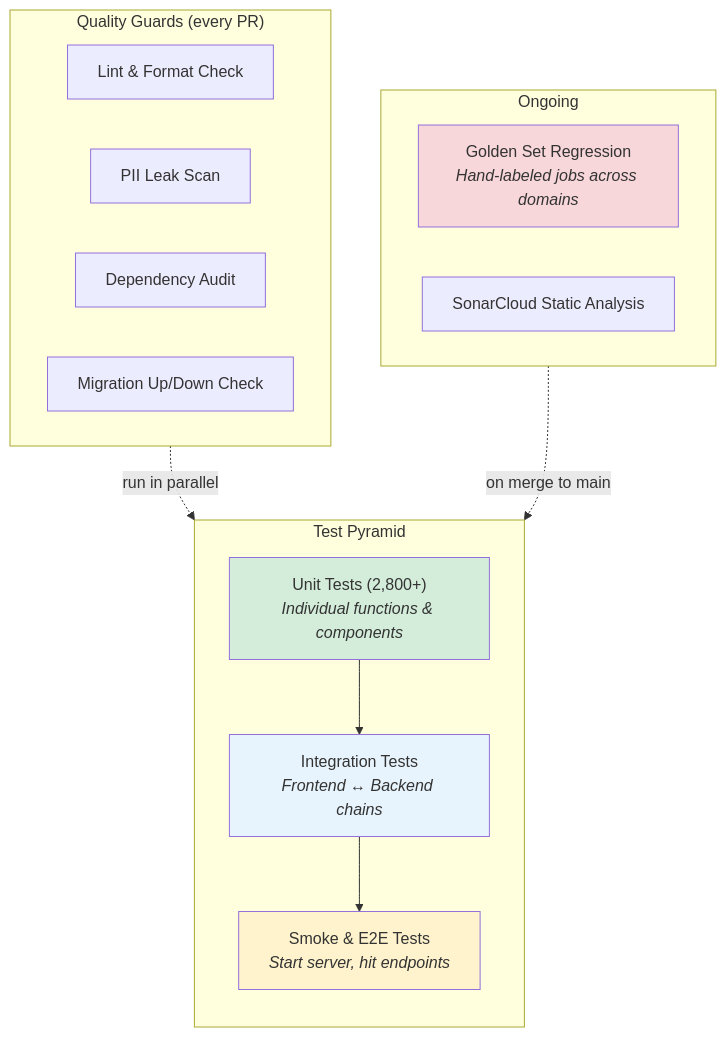
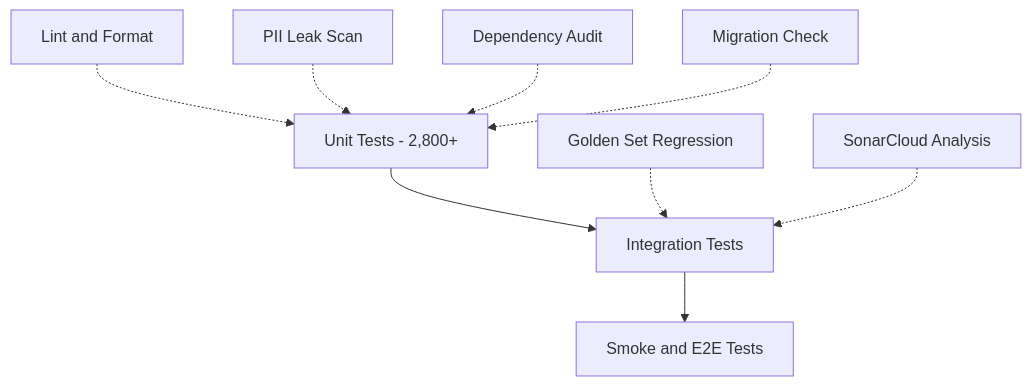
Before and after one commit to pleasedodisturb/kestrel: the first of 2 diagrams in docs/guides/how-testing-works.md, drawn with Mermaid. The commit also changed other lines of this file and 6 other files, not shown here.

First line of the commit message:
fix(G-464): simplify Mermaid diagrams for GitHub rendering (#267)

````diff
--- a/docs/guides/how-testing-works.md
+++ b/docs/guides/how-testing-works.md
@@ -23,30 +23,13 @@
 ```mermaid
-graph TD
-    subgraph pyramid ["Test Pyramid"]
-        direction TB
-        E2E["Smoke & E2E Tests<br/><i>Start server, hit endpoints</i>"]
-        INT["Integration Tests<br/><i>Frontend ↔ Backend chains</i>"]
-        UNIT["Unit Tests (2,800+)<br/><i>Individual functions & components</i>"]
-    end
+flowchart TD
+    UNIT[Unit Tests - 2,800+] --> INT[Integration Tests]
+    INT --> E2E[Smoke and E2E Tests]
 
-    subgraph guards ["Quality Guards (every PR)"]
-        LINT["Lint & Format Check"]
-        PII["PII Leak Scan"]
-        DEP["Dependency Audit"]
-        MIG["Migration Up/Down Check"]
-    end
+    LINT[Lint and Format] -.-> UNIT
+    PII_G[PII Leak Scan] -.-> UNIT
+    DEP[Dependency Audit] -.-> UNIT
+    MIG[Migration Check] -.-> UNIT
 
-    subgraph ongoing ["Ongoing"]
-        GOLDEN["Golden Set Regression<br/><i>Hand-labeled jobs across domains</i>"]
-        SONAR["SonarCloud Static Analysis"]
-    end
-
-    UNIT --> INT --> E2E
-    guards -.->|run in parallel| pyramid
-    ongoing -.->|on merge to main| pyramid
-
-    style UNIT fill:#d4edda
-    style INT fill:#e8f4fd
-    style E2E fill:#fff3cd
-    style GOLDEN fill:#f8d7da
+    GOLDEN[Golden Set Regression] -.-> INT
+    SONAR[SonarCloud Analysis] -.-> INT
 ```
````
